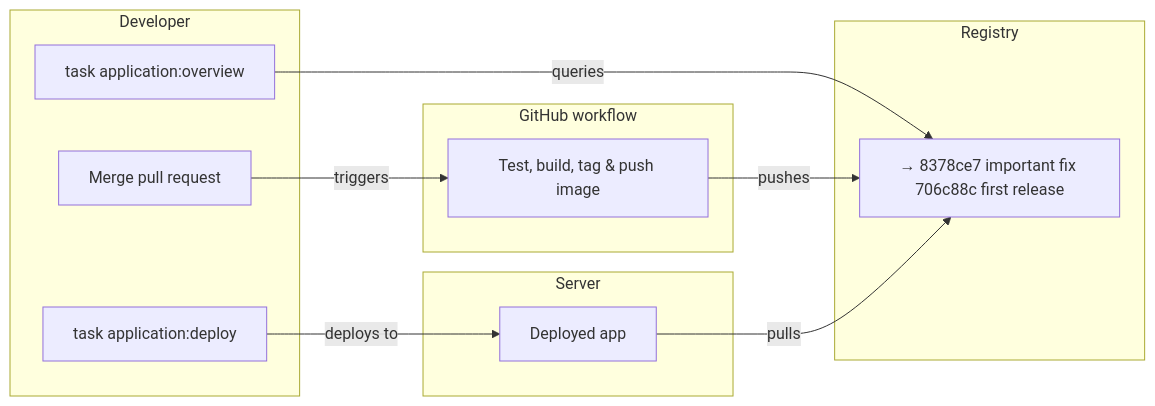
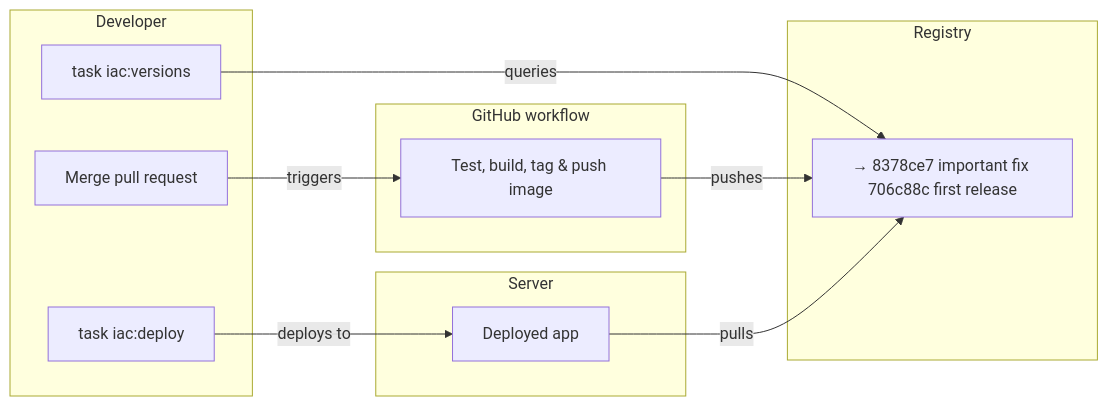
Before and after one commit to rednaw/iac: the diagram in docs/application-deployment.md, drawn with Mermaid. The commit also changed other lines of this file and 43 other files, not shown here.

````diff
--- a/docs/application-deployment.md
+++ b/docs/application-deployment.md
@@ -11,26 +11,26 @@
 ```mermaid
 flowchart LR
     subgraph LOCAL["Developer"]
         A["Merge pull request"]
-        B["task application:overview"]
-        C["task application:deploy"]
+        B["task iac:versions"]
+        C["task iac:deploy"]
     end
 
     subgraph GITHUB["GitHub workflow"]
         D["Test, build, tag & push image"]
     end
 
     subgraph REGISTRY["Registry"]
       E["→ 8378ce7 important fix 706c88c first release"]
     end
 
     subgraph SERVER["Server"]
       F["Deployed app"]
     end
 
     A -->|triggers| D
     B -->|queries| E
     C -->|deploys to| F
     D -->|pushes| E
     F -->|pulls| E
 ```
````
